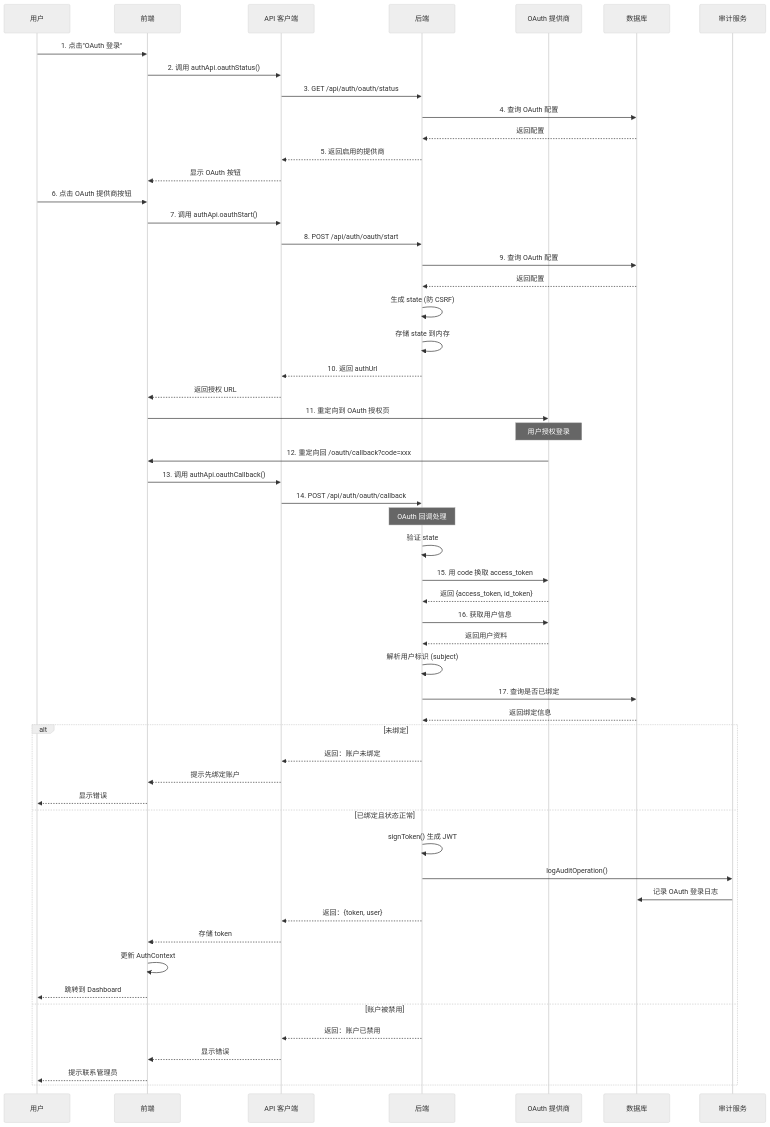
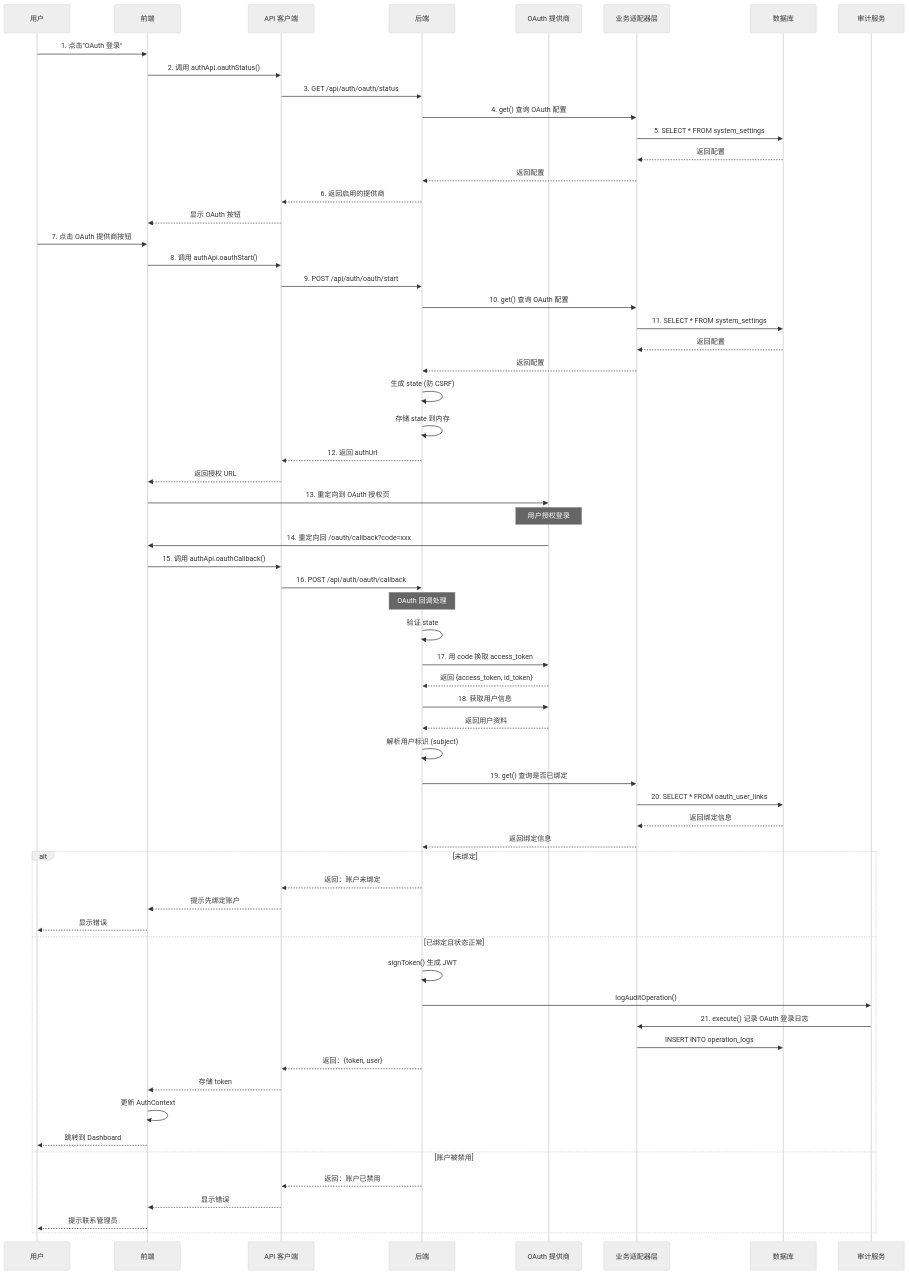
One commit to HiPM-Tech/DNSMgr changed the sixth of 10 diagrams in FLOW.md. Above: the diagram before and after it, drawn with Mermaid (neutral theme). The commit also changed other lines of this file and 1 other file, not shown here.

First line of the commit message:
docs: update architecture and flow documentation

````diff
--- a/FLOW.md
+++ b/FLOW.md
@@ -194,64 +337,72 @@
 ```mermaid
 sequenceDiagram
     participant User as 用户
     participant Frontend as 前端
     participant API as API 客户端
     participant Backend as 后端
     participant OAuth as OAuth 提供商
+    participant Adapter as 业务适配器层
     participant DB as 数据库
     participant Audit as 审计服务
 
     User->>Frontend: 1. 点击"OAuth 登录"
     Frontend->>API: 2. 调用 authApi.oauthStatus()
     API->>Backend: 3. GET /api/auth/oauth/status
-    Backend->>DB: 4. 查询 OAuth 配置
-    DB-->>Backend: 返回配置
-    Backend-->>API: 5. 返回启用的提供商
+    Backend->>Adapter: 4. get() 查询 OAuth 配置
+    Adapter->>DB: 5. SELECT * FROM system_settings
+    DB-->>Adapter: 返回配置
+    Adapter-->>Backend: 返回配置
+    Backend-->>API: 6. 返回启用的提供商
     API-->>Frontend: 显示 OAuth 按钮
 
-    User->>Frontend: 6. 点击 OAuth 提供商按钮
-    Frontend->>API: 7. 调用 authApi.oauthStart()
-    API->>Backend: 8. POST /api/auth/oauth/start
-    Backend->>DB: 9. 查询 OAuth 配置
-    DB-->>Backend: 返回配置
+    User->>Frontend: 7. 点击 OAuth 提供商按钮
+    Frontend->>API: 8. 调用 authApi.oauthStart()
+    API->>Backend: 9. POST /api/auth/oauth/start
+    Backend->>Adapter: 10. get() 查询 OAuth 配置
+    Adapter->>DB: 11. SELECT * FROM system_settings
+    DB-->>Adapter: 返回配置
+    Adapter-->>Backend: 返回配置
     Backend->>Backend: 生成 state (防 CSRF)
     Backend->>Backend: 存储 state 到内存
-    Backend-->>API: 10. 返回 authUrl
+    Backend-->>API: 12. 返回 authUrl
     API-->>Frontend: 返回授权 URL
-    Frontend->>OAuth: 11. 重定向到 OAuth 授权页
+    Frontend->>OAuth: 13. 重定向到 OAuth 授权页
 
     Note over OAuth: 用户授权登录
 
-    OAuth->>Frontend: 12. 重定向回 /oauth/callback?code=xxx
-    Frontend->>API: 13. 调用 authApi.oauthCallback()
-    API->>Backend: 14. POST /api/auth/oauth/callback
+    OAuth->>Frontend: 14. 重定向回 /oauth/callback?code=xxx
+    Frontend->>API: 15. 调用 authApi.oauthCallback()
+    API->>Backend: 16. POST /api/auth/oauth/callback
 
     Note over Backend: OAuth 回调处理
 
     Backend->>Backend: 验证 state
-    Backend->>OAuth: 15. 用 code 换取 access_token
+    Backend->>OAuth: 17. 用 code 换取 access_token
     OAuth-->>Backend: 返回 {access_token, id_token}
-    Backend->>OAuth: 16. 获取用户信息
+    Backend->>OAuth: 18. 获取用户信息
     OAuth-->>Backend: 返回用户资料
     Backend->>Backend: 解析用户标识 (subject)
-    Backend->>DB: 17. 查询是否已绑定
-    DB-->>Backend: 返回绑定信息
+    Backend->>Adapter: 19. get() 查询是否已绑定
+    Adapter->>DB: 20. SELECT * FROM oauth_user_links
+    DB-->>Adapter: 返回绑定信息
+    Adapter-->>Backend: 返回绑定信息
 
     alt 未绑定
         Backend-->>API: 返回：账户未绑定
         API-->>Frontend: 提示先绑定账户
         Frontend-->>User: 显示错误
     else 已绑定且状态正常
         Backend->>Backend: signToken() 生成 JWT
         Backend->>Audit: logAuditOperation()
-        Audit->>DB: 记录 OAuth 登录日志
+        Audit->>Adapter: 21. execute() 记录 OAuth 登录日志
+        Adapter->>DB: INSERT INTO operation_logs
         Backend-->>API: 返回：{token, user}
         API-->>Frontend: 存储 token
         Frontend->>Frontend: 更新 AuthContext
         Frontend-->>User: 跳转到 Dashboard
     else 账户被禁用
         Backend-->>API: 返回：账户已禁用
         API-->>Frontend: 显示错误
         Frontend-->>User: 提示联系管理员
     end
 ```
````
